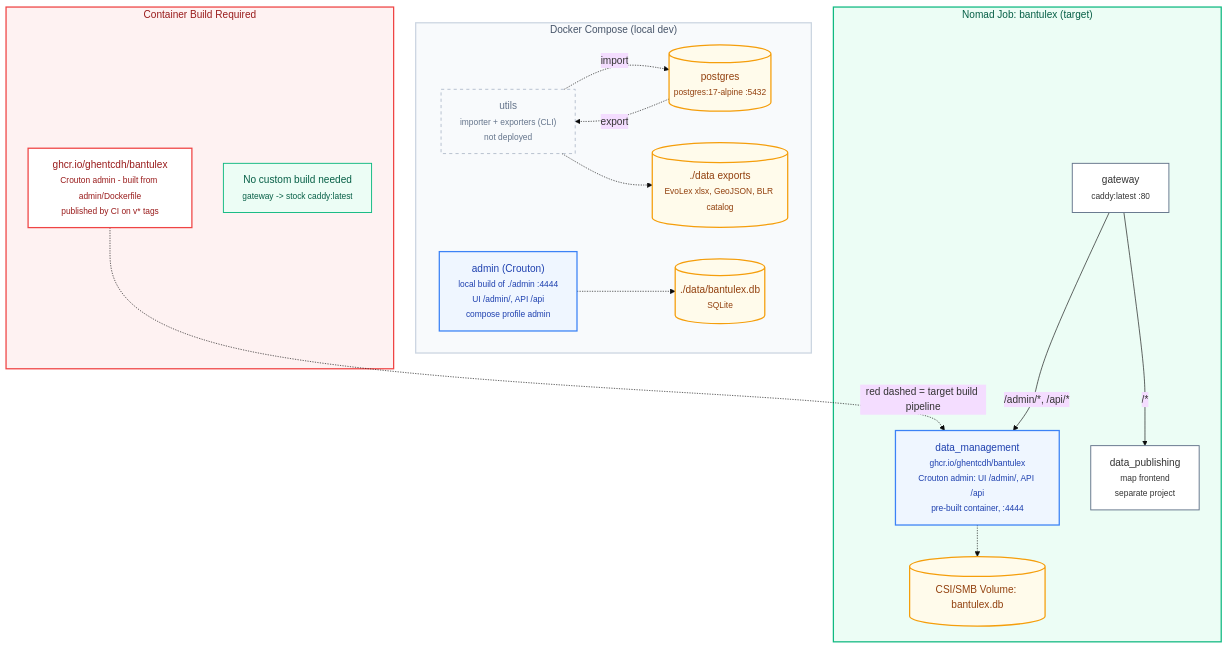
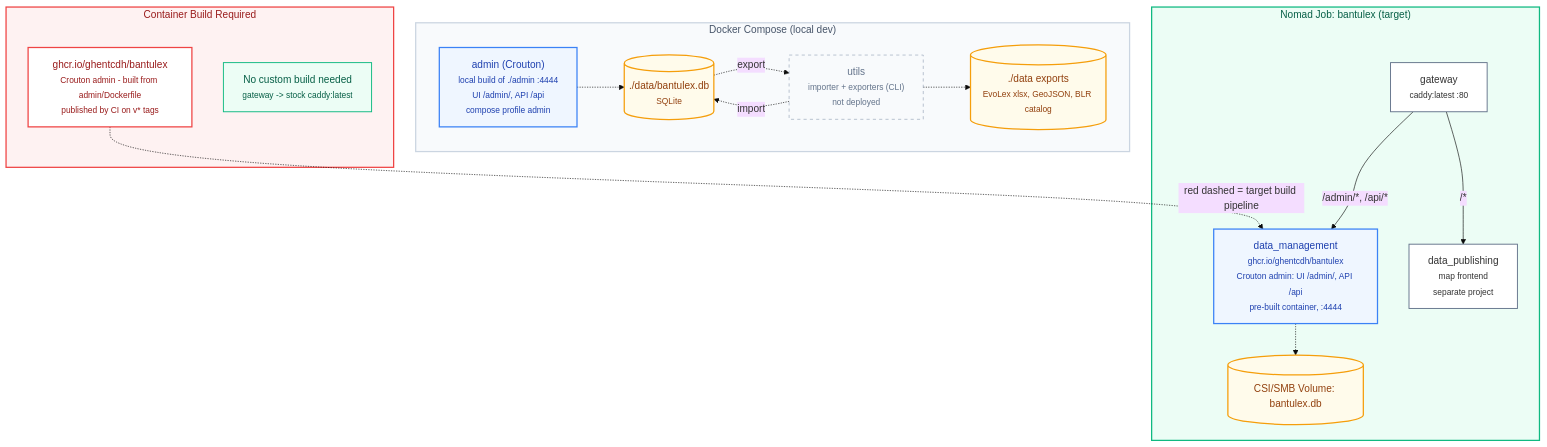
The diagram in ARCHITECTURE.md (GhentCDH/BantuLex), drawn with Mermaid (base theme) before and after one commit. The commit also changed other lines of this file and 3 other files, not shown here.

````diff
--- a/ARCHITECTURE.md
+++ b/ARCHITECTURE.md
@@ -7,55 +7,52 @@
 ```mermaid
 graph TB
     subgraph dev["Docker Compose (local dev)"]
         admin_dev["admin (Crouton)<br/><small>local build of ./admin :4444<br/>UI /admin/, API /api<br/>compose profile admin</small>"]
         style admin_dev fill:#eff6ff,stroke:#3b82f6,stroke-width:2px,color:#1e40af
 
         utils_dev["utils<br/><small>importer + exporters (CLI)<br/>not deployed</small>"]
         style utils_dev fill:none,stroke:#94a3b8,stroke-width:1px,stroke-dasharray: 5 5,color:#64748b
 
-        pg_dev[("postgres<br/><small>postgres:17-alpine :5432</small>")]
-        style pg_dev fill:#fffbeb,stroke:#f59e0b,stroke-width:2px,color:#92400e
-
         db_dev[("./data/bantulex.db<br/><small>SQLite</small>")]
         style db_dev fill:#fffbeb,stroke:#f59e0b,stroke-width:2px,color:#92400e
 
         exports_dev[("./data exports<br/><small>EvoLex xlsx, GeoJSON, BLR catalog</small>")]
         style exports_dev fill:#fffbeb,stroke:#f59e0b,stroke-width:2px,color:#92400e
 
-        utils_dev -. "import" .-> pg_dev
-        pg_dev -. "export" .-> utils_dev
+        utils_dev -. "import" .-> db_dev
+        db_dev -. "export" .-> utils_dev
         utils_dev -.-> exports_dev
         admin_dev -.-> db_dev
     end
     style dev fill:#f8fafc,stroke:#cbd5e1,stroke-width:2px,color:#475569
 
     subgraph nomad["Nomad Job: bantulex (target)"]
         gateway["gateway<br/><small>caddy:latest :80</small>"]
         style gateway fill:#ffffff,stroke:#64748b,stroke-width:1.5px
 
         data_mgmt["data_management<br/><small>ghcr.io/ghentcdh/bantulex<br/>Crouton admin: UI /admin/, API /api<br/>pre-built container, :4444</small>"]
         style data_mgmt fill:#eff6ff,stroke:#3b82f6,stroke-width:2px,color:#1e40af
 
         data_pub["data_publishing<br/><small>map frontend<br/>separate project</small>"]
         style data_pub fill:#ffffff,stroke:#64748b,stroke-width:1.5px
 
         db_nomad[("CSI/SMB Volume: bantulex.db")]
         style db_nomad fill:#fffbeb,stroke:#f59e0b,stroke-width:2px,color:#92400e
 
         gateway -- "/admin/*, /api/*" --> data_mgmt
         gateway -- "/*" --> data_pub
         data_mgmt -.-> db_nomad
     end
     style nomad fill:#ecfdf5,stroke:#10b981,stroke-width:2px,color:#065f46
 
     subgraph build["Container Build Required"]
         build_tool["ghcr.io/ghentcdh/bantulex<br/><small>Crouton admin - built from admin/Dockerfile<br/>published by CI on v* tags</small>"]
         style build_tool fill:#ffffff,stroke:#ef4444,stroke-width:2px,color:#991b1b
 
         no_build["No custom build needed<br/><small>gateway -> stock caddy:latest</small>"]
         style no_build fill:#ecfdf5,stroke:#10b981,stroke-width:1.5px,color:#065f46
     end
     style build fill:#fef2f2,stroke:#ef4444,stroke-width:2px,color:#991b1b
 
     build_tool -. "red dashed = target build pipeline" .-> data_mgmt
 ```
````
